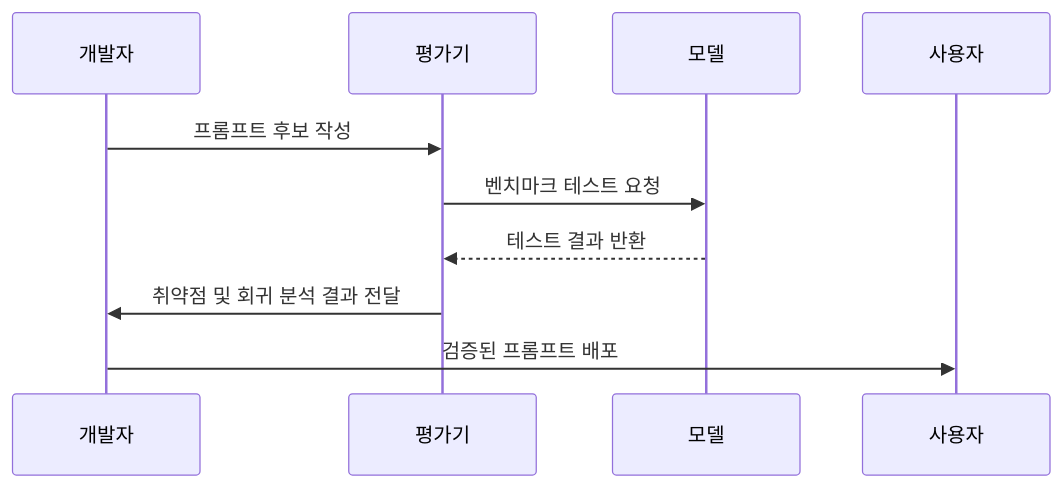
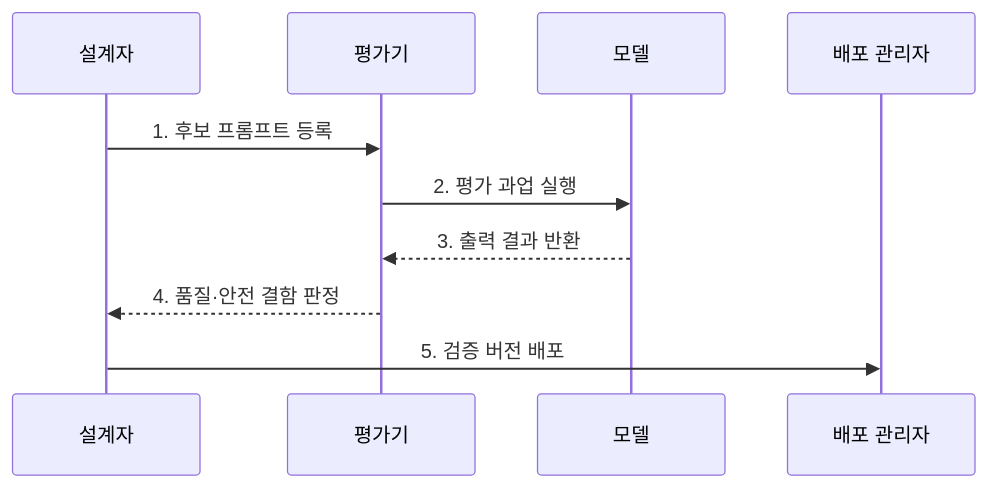
Before and after one commit to agnusdei1207/knowledge-base: the second of 2 diagrams in src/content/docs/notes/08-latest-tech/035_prompt_engineering.md, drawn with Mermaid. The commit also changed other lines of this file and 26 other files, not shown here.

````diff
--- a/src/content/docs/notes/08-latest-tech/035_prompt_engineering.md
+++ b/src/content/docs/notes/08-latest-tech/035_prompt_engineering.md
@@ -72,12 +81,12 @@
 ```mermaid
 sequenceDiagram
-    participant D as 개발자
+    participant D as 설계자
     participant E as 평가기
     participant M as 모델
-    participant U as 사용자
-    D->>E: 프롬프트 후보 작성
-    E->>M: 벤치마크 테스트 요청
-    M-->>E: 테스트 결과 반환
-    E->>D: 취약점 및 회귀 분석 결과 전달
-    D->>U: 검증된 프롬프트 배포
+    participant R as 배포 관리자
+    D->>E: 1. 후보 프롬프트 등록
+    E->>M: 2. 평가 과업 실행
+    M-->>E: 3. 출력 결과 반환
+    E-->>D: 4. 품질·안전 결함 판정
+    D->>R: 5. 검증 버전 배포
 ```
````
